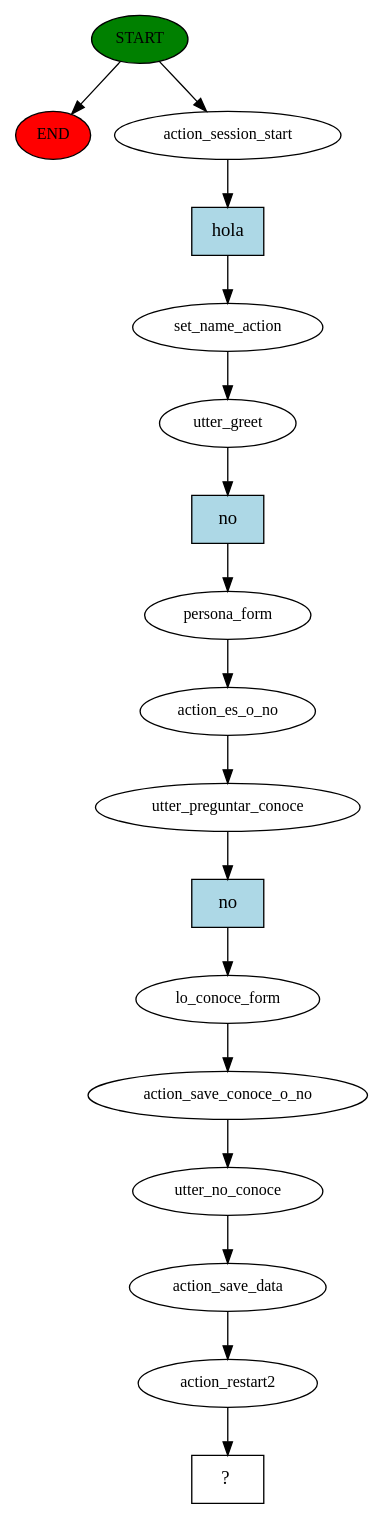
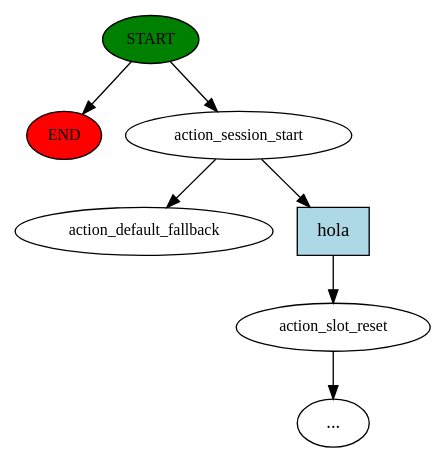
One commit to nachovera93/Sbpay_derivacion_castigo_Salcobrand changed the diagram in story_graph.dot. Above: the diagram before and after it, drawn with Graphviz. The commit also changed 11 other files, not shown here.

```diff
--- a/story_graph.dot
+++ b/story_graph.dot
@@ -1,35 +1,15 @@
 digraph  {
 0 [class="start active", fillcolor=green, fontsize=12, label=START, style=filled];
 "-1" [class=end, fillcolor=red, fontsize=12, label=END, style=filled];
 1 [class=active, fontsize=12, label=action_session_start];
-2 [class=active, fontsize=12, label=set_name_action];
-3 [class=active, fontsize=12, label=utter_greet];
-4 [class=active, fontsize=12, label=persona_form];
-5 [class=active, fontsize=12, label=action_es_o_no];
-6 [class=active, fontsize=12, label=utter_preguntar_conoce];
-7 [class=active, fontsize=12, label=lo_conoce_form];
-8 [class=active, fontsize=12, label=action_save_conoce_o_no];
-9 [class=active, fontsize=12, label=utter_no_conoce];
-10 [class=active, fontsize=12, label=action_save_data];
-11 [class=active, fontsize=12, label=action_restart2];
-12 [class="intent dashed active", label="  ?  ", shape=rect];
-13 [class="intent active", fillcolor=lightblue, label=hola, shape=rect, style=filled];
-14 [class="intent active", fillcolor=lightblue, label=no, shape=rect, style=filled];
-15 [class="intent active", fillcolor=lightblue, label=no, shape=rect, style=filled];
+2 [class="", fontsize=12, label=action_slot_reset];
+"-3" [class=ellipsis, label="..."];
+4 [class="dashed active", fontsize=12, label=action_default_fallback];
+5 [class=intent, fillcolor=lightblue, label=hola, shape=rect, style=filled];
 0 -> "-1"  [class="", key=NONE, label=""];
 0 -> 1  [class=active, key=NONE, label=""];
-1 -> 13  [class=active, key=0];
-2 -> 3  [class=active, key=NONE, label=""];
-3 -> 14  [class=active, key=0];
-4 -> 5  [class=active, key=NONE, label=""];
-5 -> 6  [class=active, key=NONE, label=""];
-6 -> 15  [class=active, key=0];
-7 -> 8  [class=active, key=NONE, label=""];
-8 -> 9  [class=active, key=NONE, label=""];
-9 -> 10  [class=active, key=NONE, label=""];
-10 -> 11  [class=active, key=NONE, label=""];
-11 -> 12  [class=active, key=NONE, label=""];
-13 -> 2  [class=active, key=0];
-14 -> 4  [class=active, key=0];
-15 -> 7  [class=active, key=0];
+1 -> 4  [class=active, key=NONE, label=""];
+1 -> 5  [class="", key=0];
+2 -> "-3"  [class="", key=NONE, label=""];
+5 -> 2  [class="", key=0];
 }
```
